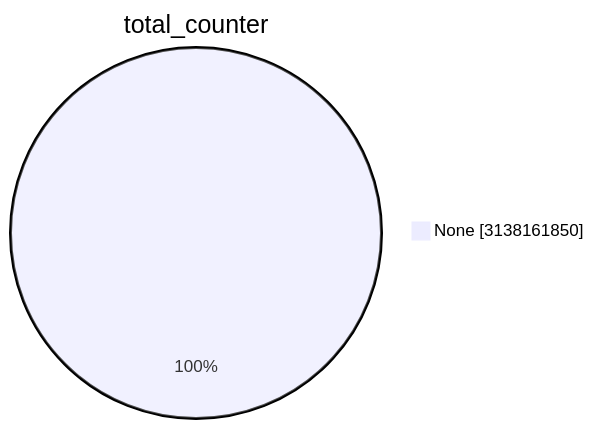
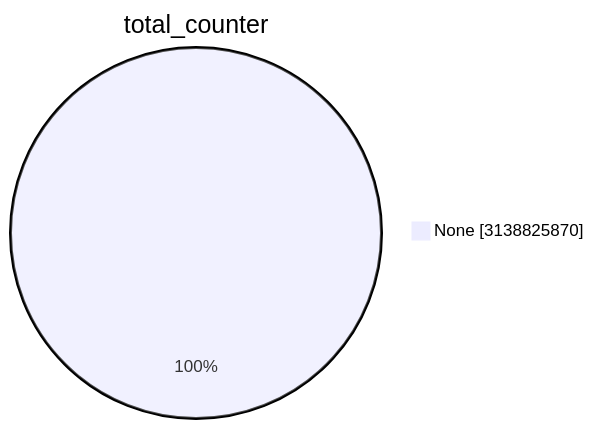
The first of 15 diagrams in TOTAL/README.md (christiankrug/ctmonitor_visualization), drawn with Mermaid before and after one commit. The commit also changed other lines of this file, not shown here.

````diff
--- a/TOTAL/README.md
+++ b/TOTAL/README.md
@@ -1,5 +1,5 @@
 ```mermaid
 pie showData
 title total_counter
-"None" :3138161850
+"None" :3138825870
 ```
````
